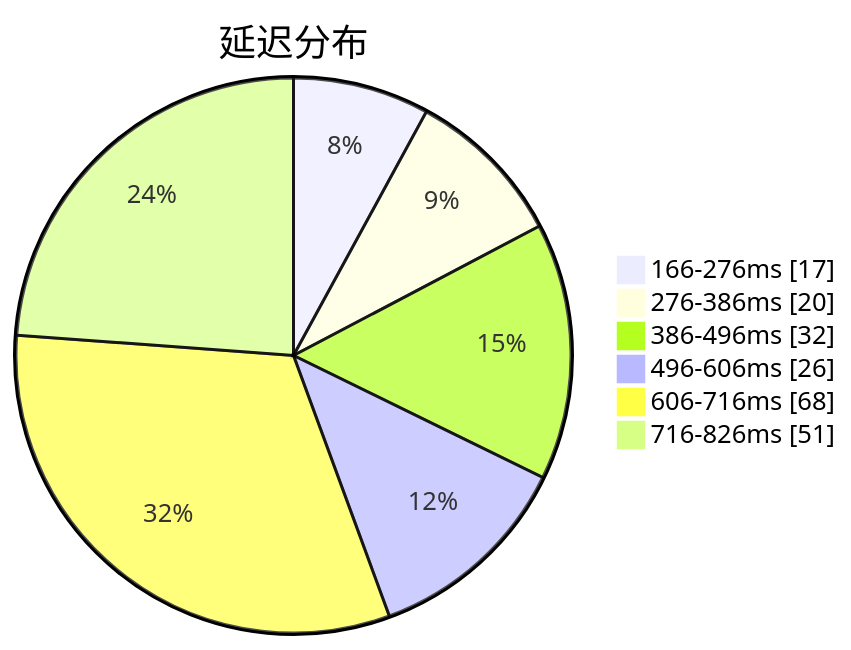
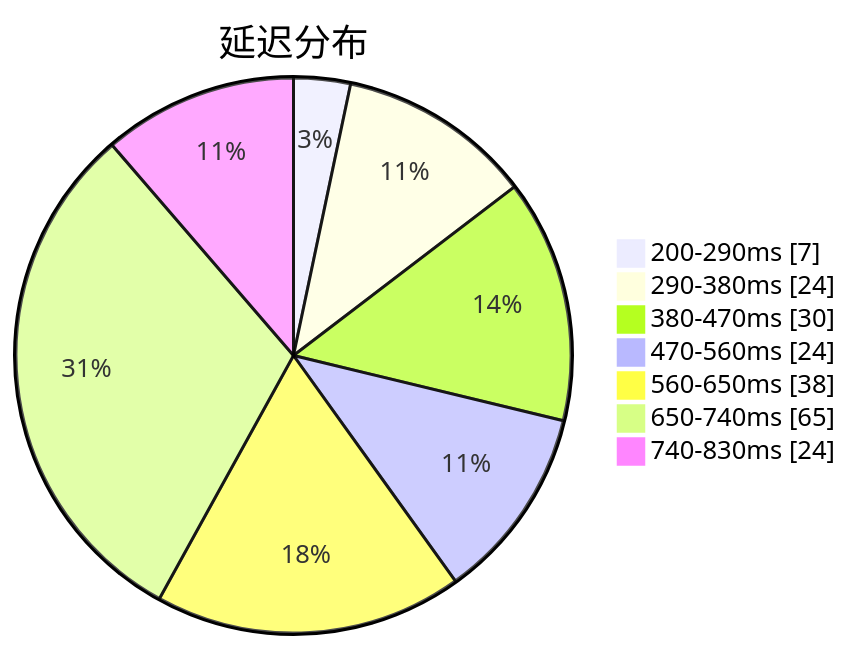
One commit to qjlxg/airport changed the first of 3 diagrams in subs/statistics/tested_within.md. Above: the diagram before and after it, drawn with Mermaid. The commit also changed other lines of this file and 2 other files, not shown here.

````diff
--- a/subs/statistics/tested_within.md
+++ b/subs/statistics/tested_within.md
@@ -2,10 +2,11 @@
 ```mermaid
 pie showData
 title 延迟分布
-"166-276ms" : 17
-"276-386ms" : 20
-"386-496ms" : 32
-"496-606ms" : 26
-"606-716ms" : 68
-"716-826ms" : 51
+"200-290ms" : 7
+"290-380ms" : 24
+"380-470ms" : 30
+"470-560ms" : 24
+"560-650ms" : 38
+"650-740ms" : 65
+"740-830ms" : 24
 ```
````
